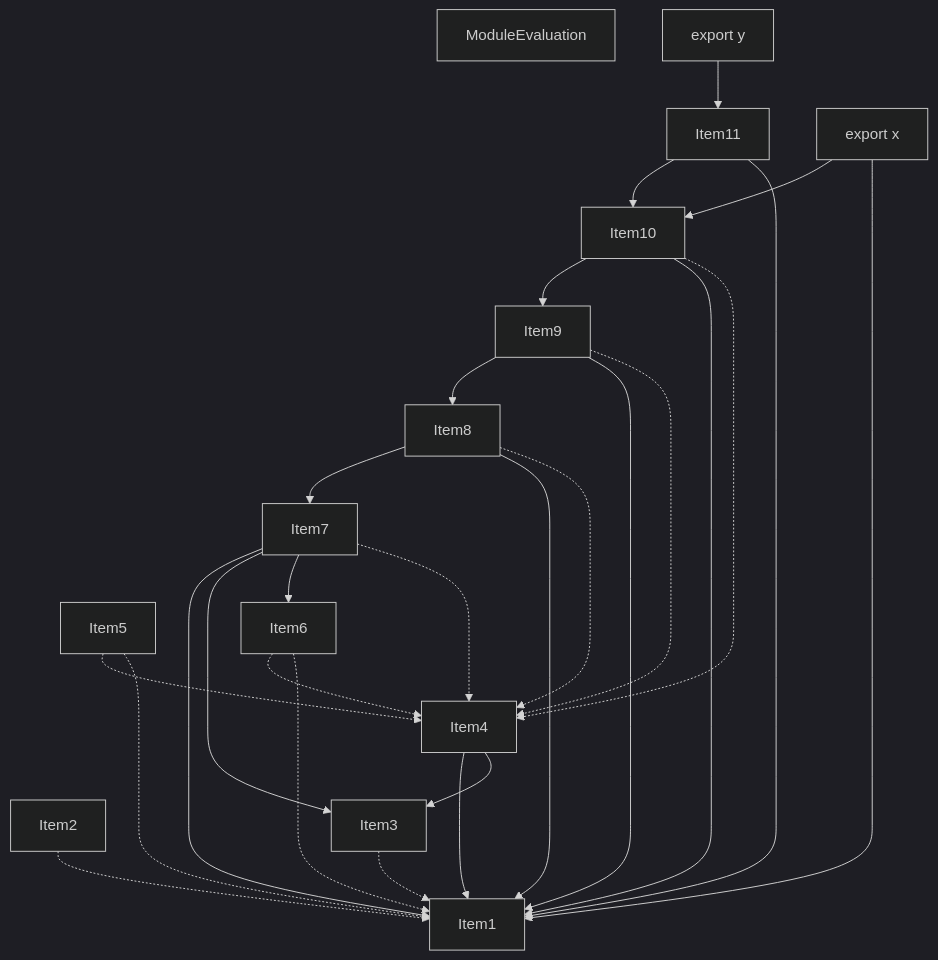
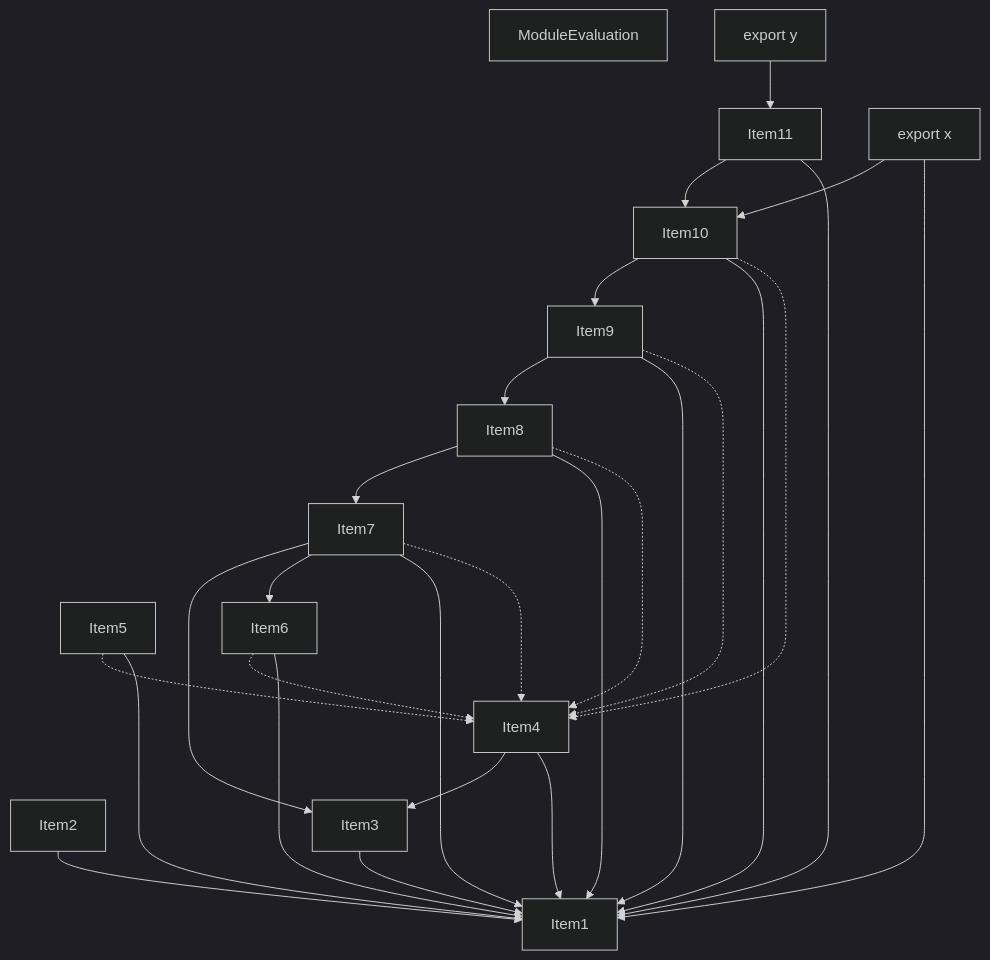
The third of 5 diagrams in crates/turbopack-ecmascript/tests/tree-shaker/analyzer/grouping/output.md (vercel/turborepo), drawn with Mermaid (dark theme) before and after one commit. The commit also changed other lines of this file, not shown here.

````diff
--- a/crates/turbopack-ecmascript/tests/tree-shaker/analyzer/grouping/output.md
+++ b/crates/turbopack-ecmascript/tests/tree-shaker/analyzer/grouping/output.md
@@ -181,46 +181,46 @@
 ```mermaid
 graph TD
     Item1;
     Item2;
     Item3;
     Item4;
     Item5;
     Item6;
     Item7;
     Item8;
     Item9;
     Item10;
     Item11;
     Item12;
     Item12["ModuleEvaluation"];
     Item13;
     Item13["export x"];
     Item14;
     Item14["export y"];
-    Item2 -.-> Item1;
-    Item3 -.-> Item1;
+    Item2 --> Item1;
+    Item3 --> Item1;
+    Item4 --> Item3;
     Item4 --> Item1;
-    Item4 --> Item3;
     Item5 -.-> Item4;
-    Item5 -.-> Item1;
+    Item5 --> Item1;
     Item6 -.-> Item4;
-    Item6 -.-> Item1;
-    Item7 --> Item1;
+    Item6 --> Item1;
     Item7 --> Item3;
     Item7 --> Item6;
+    Item7 --> Item1;
     Item7 -.-> Item4;
     Item8 --> Item7;
     Item8 --> Item1;
     Item8 -.-> Item4;
     Item9 --> Item8;
     Item9 --> Item1;
     Item9 -.-> Item4;
     Item10 --> Item9;
     Item10 --> Item1;
     Item10 -.-> Item4;
     Item11 --> Item10;
     Item11 --> Item1;
     Item13 --> Item10;
     Item13 --> Item1;
     Item14 --> Item11;
 ```
````
